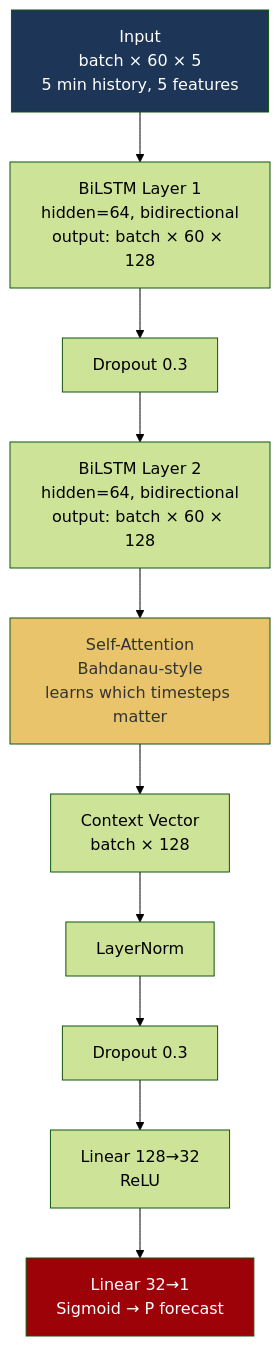
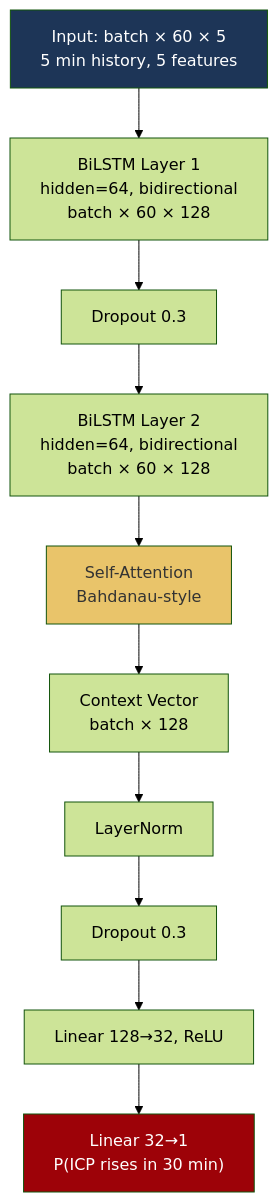
Before and after one commit to eshaansingla/Pran: the fourth of 4 diagrams in README.md, drawn with Mermaid (forest theme). The commit also changed other lines of this file and 2 other files, not shown here.

````diff
--- a/README.md
+++ b/README.md
@@ -304,16 +315,16 @@
 ```mermaid
 graph TD
-    In["Input\nbatch × 60 × 5\n5 min history, 5 features"] --> L1["BiLSTM Layer 1\nhidden=64, bidirectional\noutput: batch × 60 × 128"]
+    In["Input: batch × 60 × 5\n5 min history, 5 features"] --> L1["BiLSTM Layer 1\nhidden=64, bidirectional\nbatch × 60 × 128"]
     L1 --> Drop1["Dropout 0.3"]
-    Drop1 --> L2["BiLSTM Layer 2\nhidden=64, bidirectional\noutput: batch × 60 × 128"]
-    L2 --> Attn["Self-Attention\nBahdanau-style\nlearns which timesteps matter"]
+    Drop1 --> L2["BiLSTM Layer 2\nhidden=64, bidirectional\nbatch × 60 × 128"]
+    L2 --> Attn["Self-Attention\nBahdanau-style"]
     Attn --> Ctx["Context Vector\nbatch × 128"]
     Ctx --> Norm["LayerNorm"]
     Norm --> Drop2["Dropout 0.3"]
-    Drop2 --> FC1["Linear 128→32\nReLU"]
-    FC1 --> Out["Linear 32→1\nSigmoid → P forecast"]
+    Drop2 --> FC1["Linear 128→32, ReLU"]
+    FC1 --> Out["Linear 32→1\nP(ICP rises in 30 min)"]
 
     style In fill:#1d3557,color:#fff
     style Attn fill:#e9c46a,color:#333
     style Out fill:#9d0208,color:#fff
 ```
````
